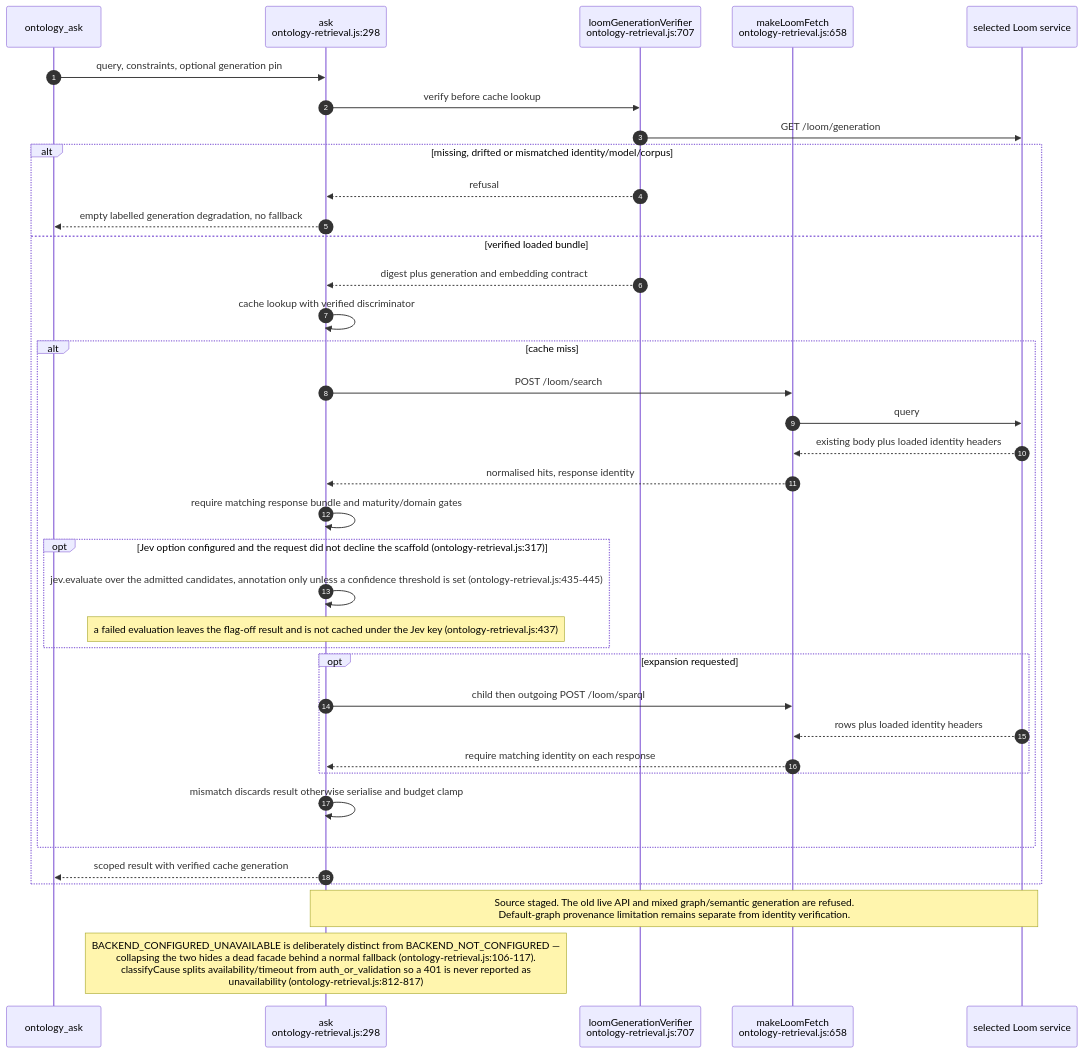
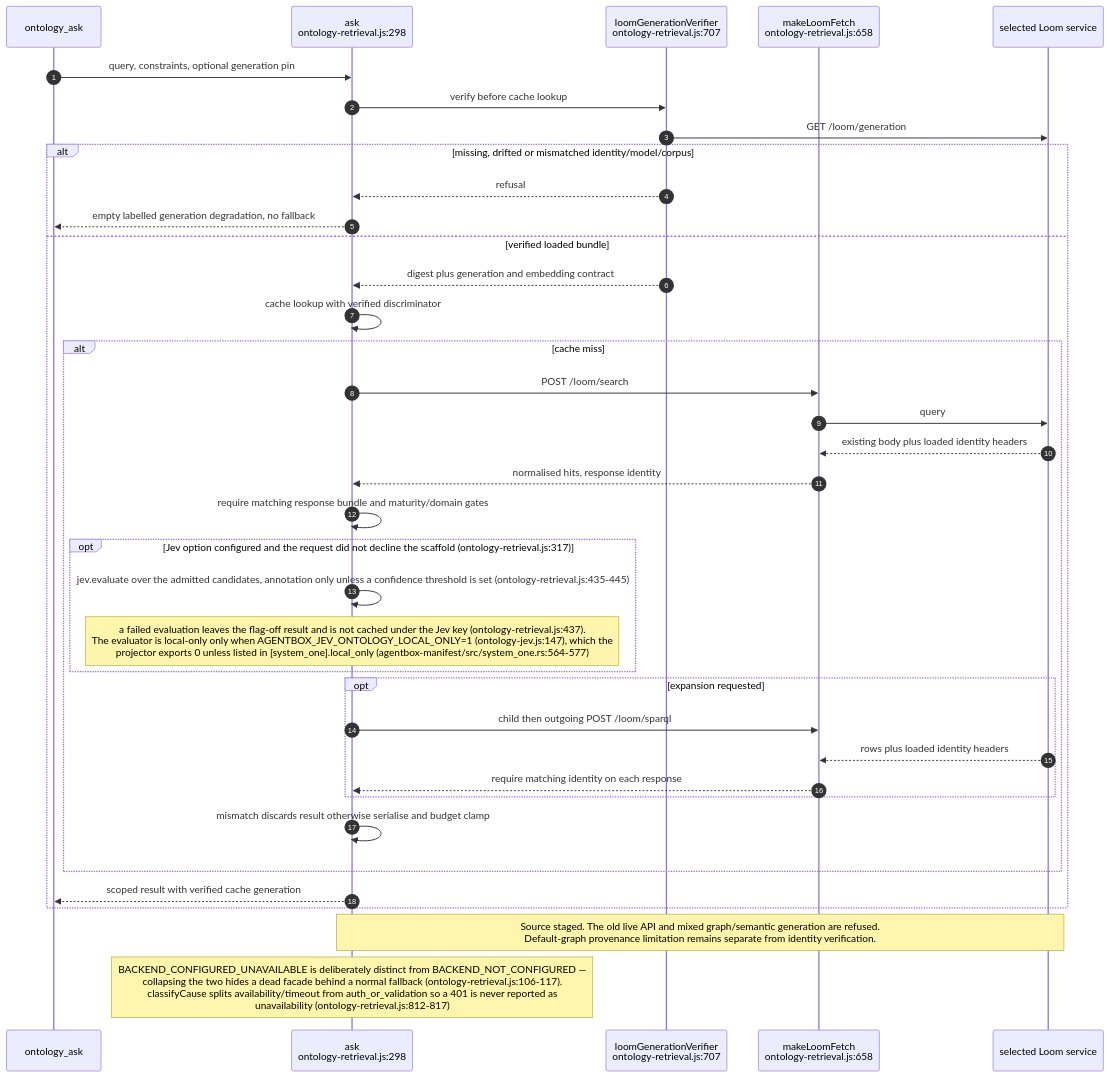
One commit to DreamLab-AI/VisionFlow changed the third of 14 diagrams in docs/diagrams/agentbox/24-loom-facade.md. Above: the diagram before and after it, drawn with Mermaid. The commit also changed other lines of this file and 142 other files, not shown here.

First line of the commit message:
docs(diagrams): one System One route; re-verify 140 topics at today's heads

````diff
--- a/docs/diagrams/agentbox/24-loom-facade.md
+++ b/docs/diagrams/agentbox/24-loom-facade.md
@@ -131,39 +132,39 @@
 ```mermaid
 sequenceDiagram
     autonumber
     participant CALL as ontology_ask
     participant ASK as ask<br/>ontology-retrieval.js:298
     participant VERIFY as loomGenerationVerifier<br/>ontology-retrieval.js:707
     participant FETCH as makeLoomFetch<br/>ontology-retrieval.js:658
     participant LOOM as selected Loom service
     CALL->>ASK: query, constraints, optional generation pin
     ASK->>VERIFY: verify before cache lookup
     VERIFY->>LOOM: GET /loom/generation
     alt missing, drifted or mismatched identity/model/corpus
         VERIFY-->>ASK: refusal
         ASK-->>CALL: empty labelled generation degradation, no fallback
     else verified loaded bundle
         VERIFY-->>ASK: digest plus generation and embedding contract
         ASK->>ASK: cache lookup with verified discriminator
         alt cache miss
             ASK->>FETCH: POST /loom/search
             FETCH->>LOOM: query
             LOOM-->>FETCH: existing body plus loaded identity headers
             FETCH-->>ASK: normalised hits, response identity
             ASK->>ASK: require matching response bundle and maturity/domain gates
             opt Jev option configured and the request did not decline the scaffold (ontology-retrieval.js:317)
                 ASK->>ASK: jev.evaluate over the admitted candidates, annotation only unless a confidence threshold is set (ontology-retrieval.js:435-445)
-                Note over ASK: a failed evaluation leaves the flag-off result and is not cached under the Jev key (ontology-retrieval.js:437)
+                Note over ASK: a failed evaluation leaves the flag-off result and is not cached under the Jev key (ontology-retrieval.js:437).<br/>The evaluator is local-only only when AGENTBOX_JEV_ONTOLOGY_LOCAL_ONLY=1 (ontology-jev.js:147), which the<br/>projector exports 0 unless listed in [system_one].local_only (agentbox-manifest/src/system_one.rs:564-577)
             end
             opt expansion requested
                 ASK->>FETCH: child then outgoing POST /loom/sparql
                 LOOM-->>FETCH: rows plus loaded identity headers
                 FETCH-->>ASK: require matching identity on each response
             end
             ASK->>ASK: mismatch discards result otherwise serialise and budget clamp
         end
         ASK-->>CALL: scoped result with verified cache generation
     end
     Note over ASK,LOOM: Source staged. The old live API and mixed graph/semantic generation are refused.<br/>Default-graph provenance limitation remains separate from identity verification.
     Note over ASK: BACKEND_CONFIGURED_UNAVAILABLE is deliberately distinct from BACKEND_NOT_CONFIGURED —<br/>collapsing the two hides a dead facade behind a normal fallback (ontology-retrieval.js:106-117).<br/>classifyCause splits availability/timeout from auth_or_validation so a 401 is never reported as<br/>unavailability (ontology-retrieval.js:812-817)
 ```
````
